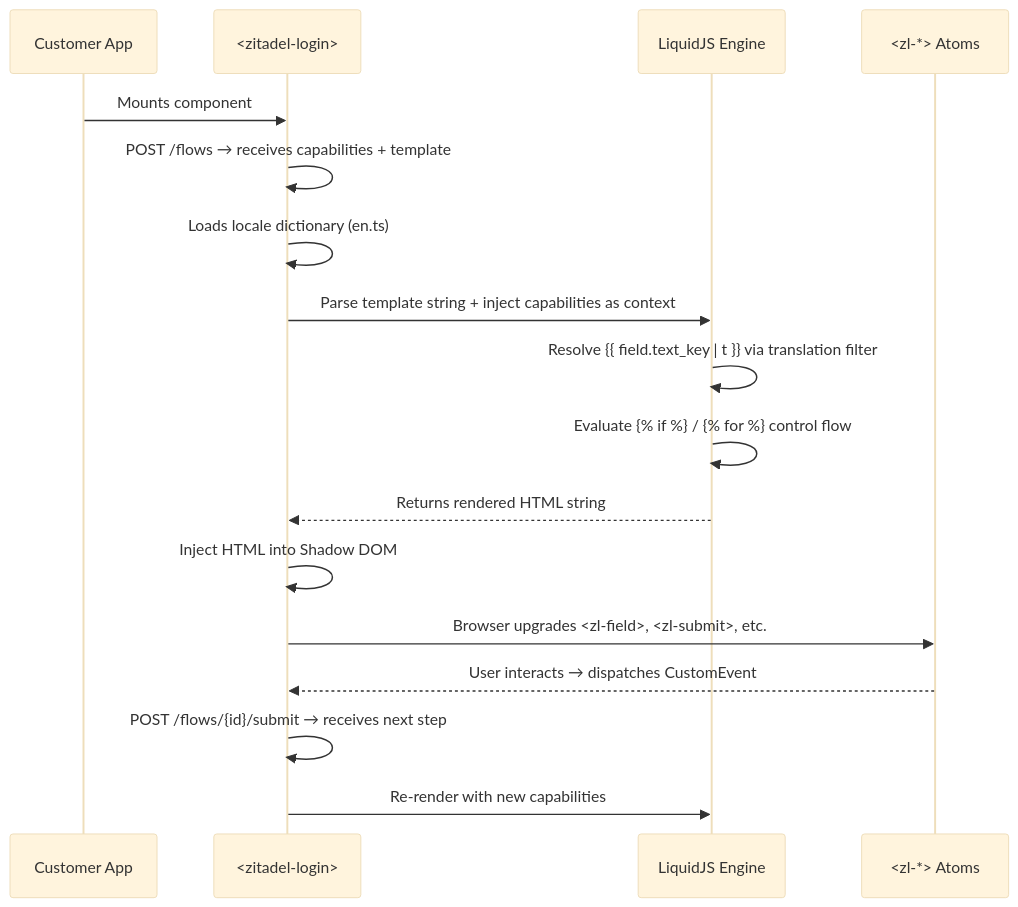
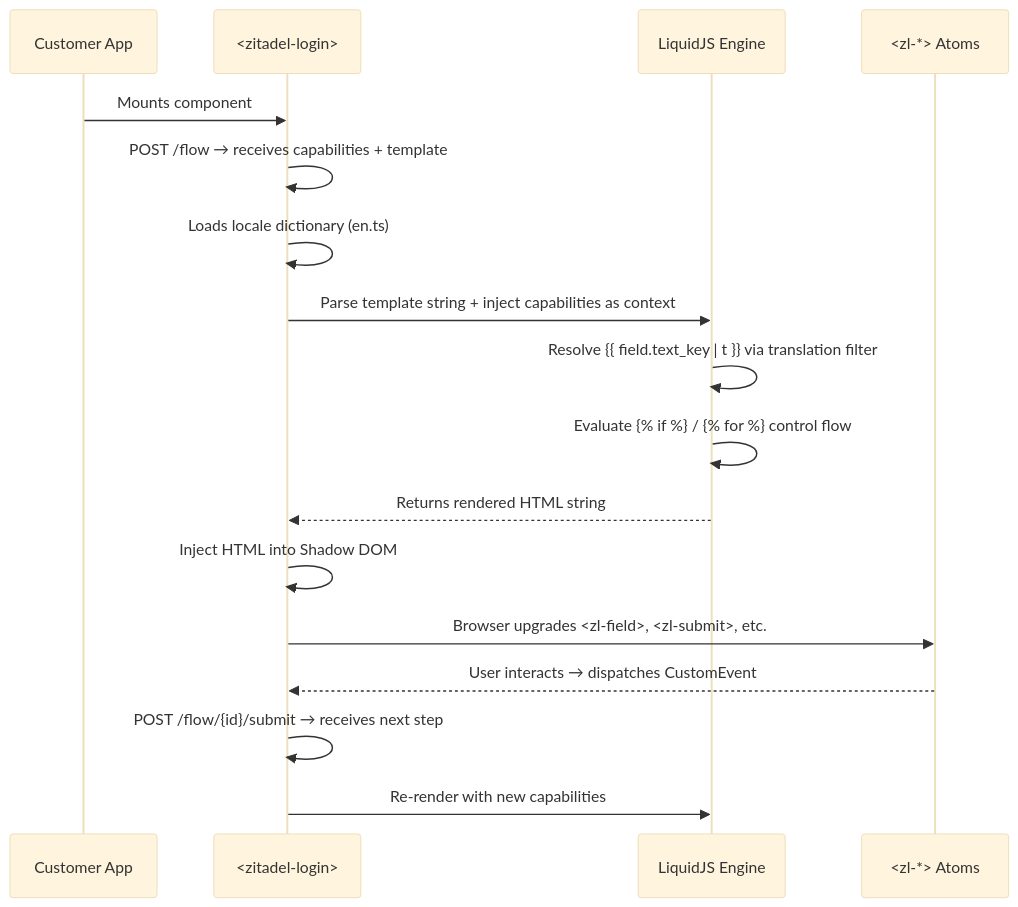
One commit to zitadel/nextgen changed the second of 8 diagrams in docs/design/flowengine/flow-engine-guide.md. Above: the diagram before and after it, drawn with Mermaid (base theme). The commit also changed other lines of this file and 42 other files, not shown here.

````diff
--- a/docs/design/flowengine/flow-engine-guide.md
+++ b/docs/design/flowengine/flow-engine-guide.md
@@ -93,20 +93,20 @@
 ```mermaid
 sequenceDiagram
     participant App as Customer App
     participant ZL as <zitadel-login>
     participant Liquid as LiquidJS Engine
     participant Atoms as <zl-*> Atoms
 
     App->>ZL: Mounts component
-    ZL->>ZL: POST /flows → receives capabilities + template
+    ZL->>ZL: POST /flow → receives capabilities + template
     ZL->>ZL: Loads locale dictionary (en.ts)
     ZL->>Liquid: Parse template string + inject capabilities as context
     Liquid->>Liquid: Resolve {{ field.text_key | t }} via translation filter
     Liquid->>Liquid: Evaluate {% if %} / {% for %} control flow
     Liquid-->>ZL: Returns rendered HTML string
     ZL->>ZL: Inject HTML into Shadow DOM
     ZL->>Atoms: Browser upgrades <zl-field>, <zl-submit>, etc.
     Atoms-->>ZL: User interacts → dispatches CustomEvent
-    ZL->>ZL: POST /flows/{id}/submit → receives next step
+    ZL->>ZL: POST /flow/{id}/submit → receives next step
     ZL->>Liquid: Re-render with new capabilities
 ```
````
